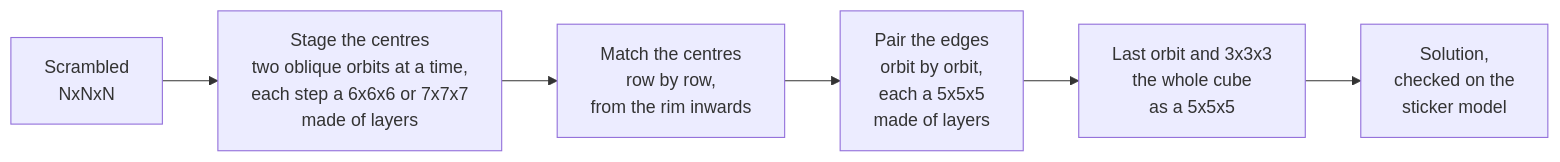
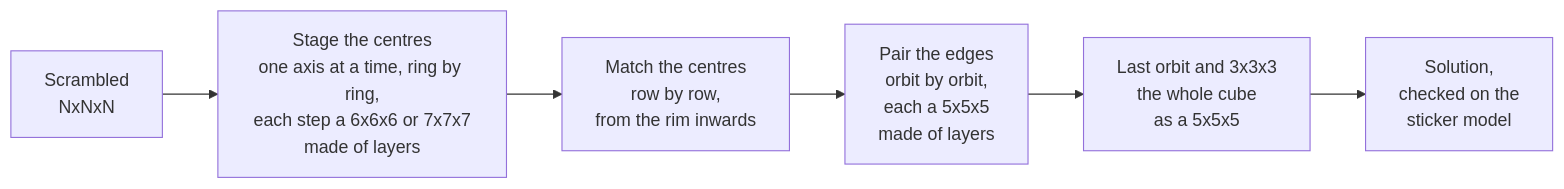
The diagram in README.md (Horia73/anycube), drawn with Mermaid before and after one commit. The commit also changed other lines of this file and 5 other files, not shown here.

````diff
--- a/README.md
+++ b/README.md
@@ -193,8 +164,8 @@
 ```mermaid
 flowchart LR
-    A["Scrambled<br/>NxNxN"] --> B["Stage the centres<br/>two oblique orbits at a time,<br/>each step a 6x6x6 or 7x7x7<br/>made of layers"]
+    A["Scrambled<br/>NxNxN"] --> B["Stage the centres<br/>one axis at a time, ring by ring,<br/>each step a 6x6x6 or 7x7x7<br/>made of layers"]
     B --> C["Match the centres<br/>row by row,<br/>from the rim inwards"]
     C --> D["Pair the edges<br/>orbit by orbit,<br/>each a 5x5x5<br/>made of layers"]
     D --> E["Last orbit and 3x3x3<br/>the whole cube<br/>as a 5x5x5"]
     E --> F["Solution,<br/>checked on the<br/>sticker model"]
 ```
````
